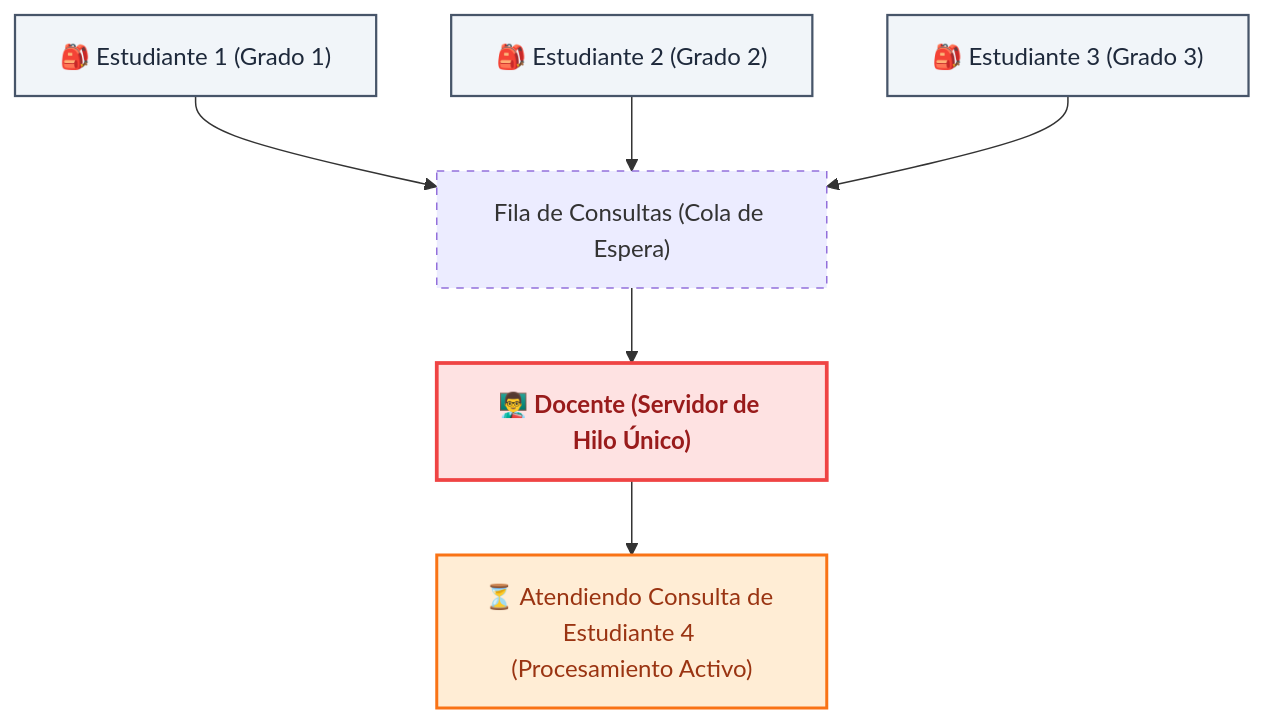
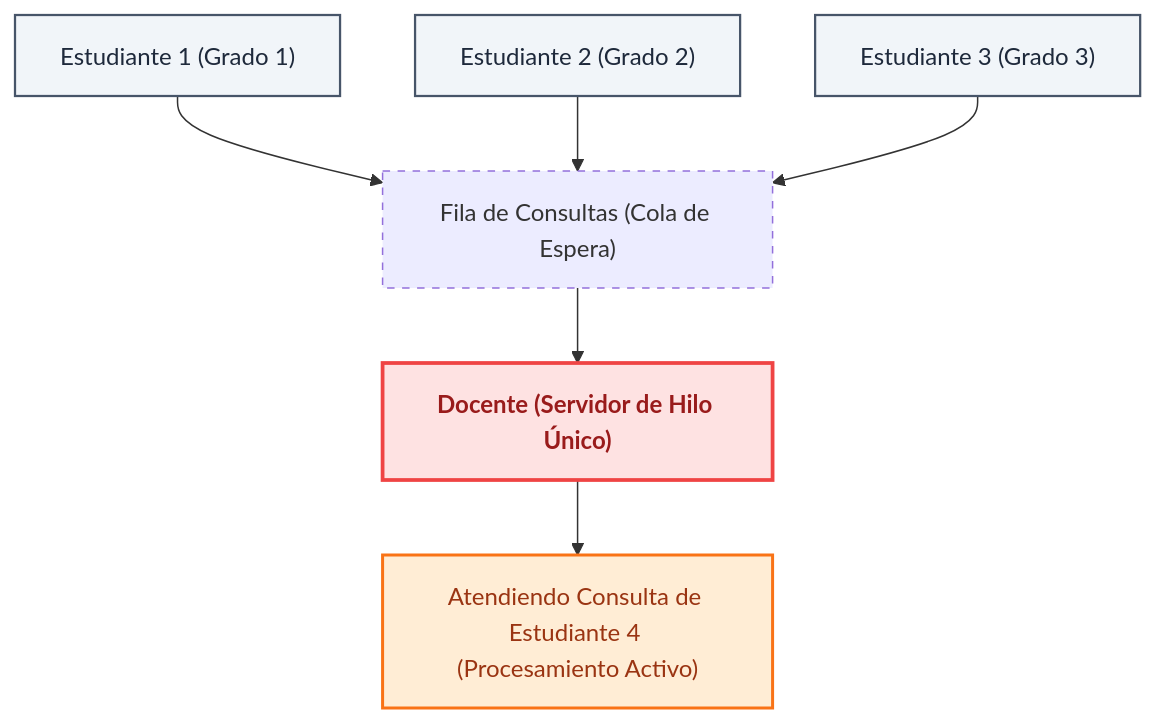
The second of 4 diagrams in docs/ChristianRafaelMamaniCallata/entregable4.md (jhanslarico11/Perfil-de-Egreso), drawn with Mermaid before and after one commit. The commit also changed other lines of this file and 4 other files, not shown here.

Commit message:
Remocion de emojis de los diagramas Mermaid para una apariencia academica limpia

````diff
--- a/docs/ChristianRafaelMamaniCallata/entregable4.md
+++ b/docs/ChristianRafaelMamaniCallata/entregable4.md
@@ -116,15 +116,15 @@
 ```mermaid
 graph TD
     classDef block fill:#fee2e2,stroke:#ef4444,stroke-width:2.5px,color:#991b1b,font-weight:bold;
     classDef proc fill:#ffedd5,stroke:#f97316,stroke-width:2px,color:#9a3412;
     classDef stu fill:#f1f5f9,stroke:#475569,stroke-width:1.5px,color:#1e293b;
 
-    E1["🎒 Estudiante 1 (Grado 1)"]:::stu --> Queue[" Fila de Consultas (Cola de Espera)"]
-    E2["🎒 Estudiante 2 (Grado 2)"]:::stu --> Queue
-    E3["🎒 Estudiante 3 (Grado 3)"]:::stu --> Queue
+    E1["Estudiante 1 (Grado 1)"]:::stu --> Queue[" Fila de Consultas (Cola de Espera)"]
+    E2["Estudiante 2 (Grado 2)"]:::stu --> Queue
+    E3["Estudiante 3 (Grado 3)"]:::stu --> Queue
     
-    Queue --> Doc["👨‍🏫 Docente (Servidor de Hilo Único)"]:::block
-    Doc --> Current["⏳ Atendiendo Consulta de Estudiante 4 (Procesamiento Activo)"]:::proc
+    Queue --> Doc["Docente (Servidor de Hilo Único)"]:::block
+    Doc --> Current["Atendiendo Consulta de Estudiante 4 (Procesamiento Activo)"]:::proc
     
     style Queue stroke-dasharray: 5 5;
 ```
````
